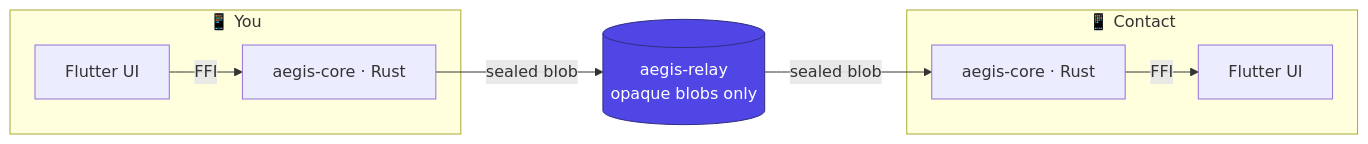
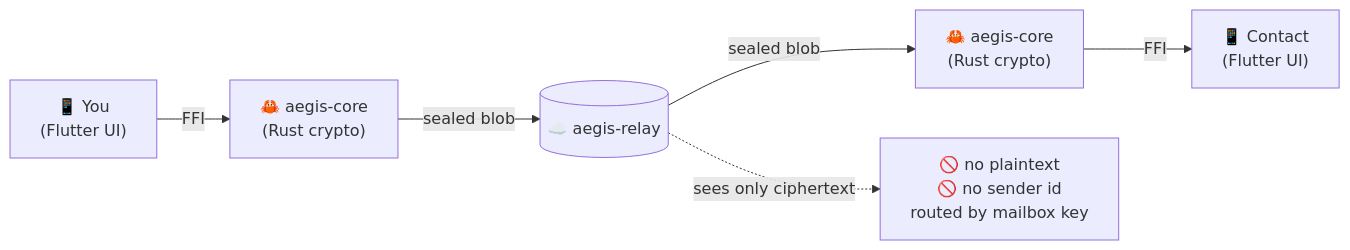
The diagram in README.md (Oz4462/aegis-messenger), drawn with Mermaid before and after one commit. The commit also changed other lines of this file, not shown here.

````diff
--- a/README.md
+++ b/README.md
@@ -60,13 +57,8 @@
 ```mermaid
 flowchart LR
-    subgraph A["📱 You"]
-      UA["Flutter UI"] -->|FFI| CA["aegis-core · Rust"]
-    end
-    R[("aegis-relay<br/>opaque blobs only")]
-    subgraph B["📱 Contact"]
-      CB["aegis-core · Rust"] -->|FFI| UB["Flutter UI"]
-    end
-    CA -->|"sealed blob"| R
-    R -->|"sealed blob"| CB
-    style R fill:#4F46E5,stroke:#312E81,color:#ffffff
+    You["📱 You<br/>(Flutter UI)"] -->|FFI| Core1["🦀 aegis-core<br/>(Rust crypto)"]
+    Core1 -->|"sealed blob"| Relay[("☁️ aegis-relay")]
+    Relay -->|"sealed blob"| Core2["🦀 aegis-core<br/>(Rust crypto)"]
+    Core2 -->|FFI| Peer["📱 Contact<br/>(Flutter UI)"]
+    Relay -.->|"sees only ciphertext"| Note["🚫 no plaintext<br/>🚫 no sender id<br/>routed by mailbox key"]
 ```
````
